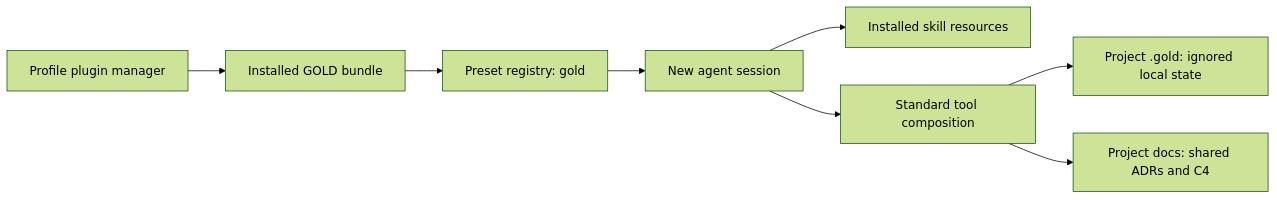
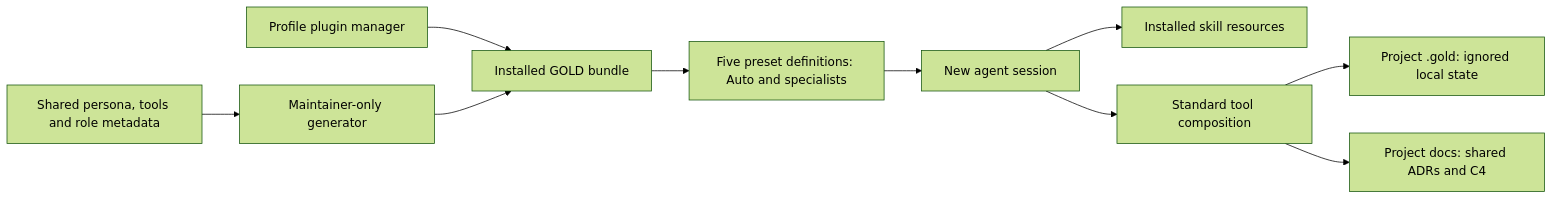
One commit to bigunmd/gold changed the second of 2 diagrams in docs/architecture/c4.md. Above: the diagram before and after it, drawn with Mermaid (forest theme). The commit also changed other lines of this file and 28 other files, not shown here.

````diff
--- a/docs/architecture/c4.md
+++ b/docs/architecture/c4.md
@@ -18,10 +18,12 @@
 ```mermaid
 flowchart LR
   PM[Profile plugin manager] --> B[Installed GOLD bundle]
-  B --> P[Preset registry: gold]
+  SRC[Shared persona, tools and role metadata] --> GEN[Maintainer-only generator]
+  GEN --> B
+  B --> P[Five preset definitions: Auto and specialists]
   P --> A[New agent session]
   A --> S[Installed skill resources]
   A --> T[Standard tool composition]
   T --> L[Project .gold: ignored local state]
   T --> D[Project docs: shared ADRs and C4]
 ```
````
